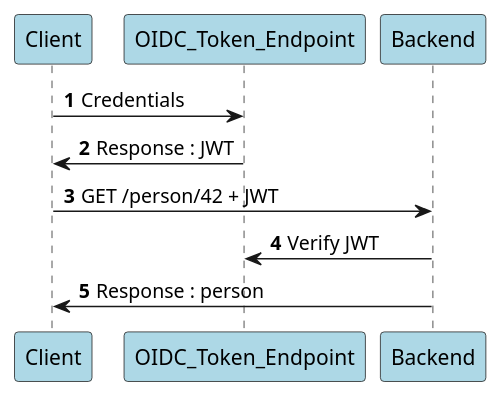
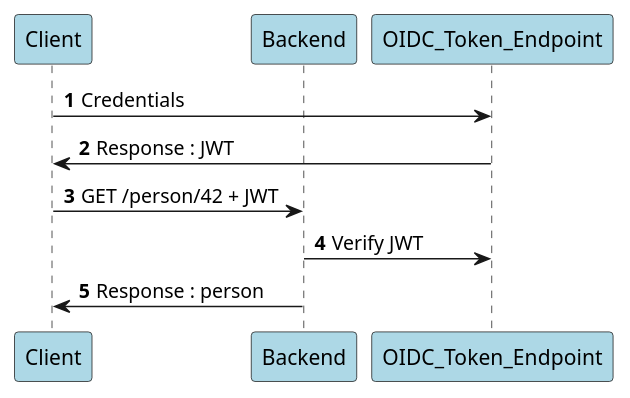
Before and after one commit to goafabric/spring-authorization-server: the diagram in doc/security/oidc_backend.puml, drawn with PlantUML. The commit also changed other lines of this file and 1 other file, not shown here.

```diff
--- a/doc/security/oidc_backend.puml
+++ b/doc/security/oidc_backend.puml
@@ -1,16 +1,16 @@
 @startuml
 'https://plantuml.com/sequence-diagram
 
 autonumber
 
 participant Client #lightblue
+participant Backend #lightblue
 participant OIDC_Token_Endpoint #lightblue
-participant Backend #lightblue
 
 Client -> OIDC_Token_Endpoint : Credentials
 OIDC_Token_Endpoint -> Client : Response : JWT
 Client -> Backend : GET /person/42 + JWT
 Backend -> OIDC_Token_Endpoint : Verify JWT
 Backend-> Client : Response : person
 
 @enduml
```
